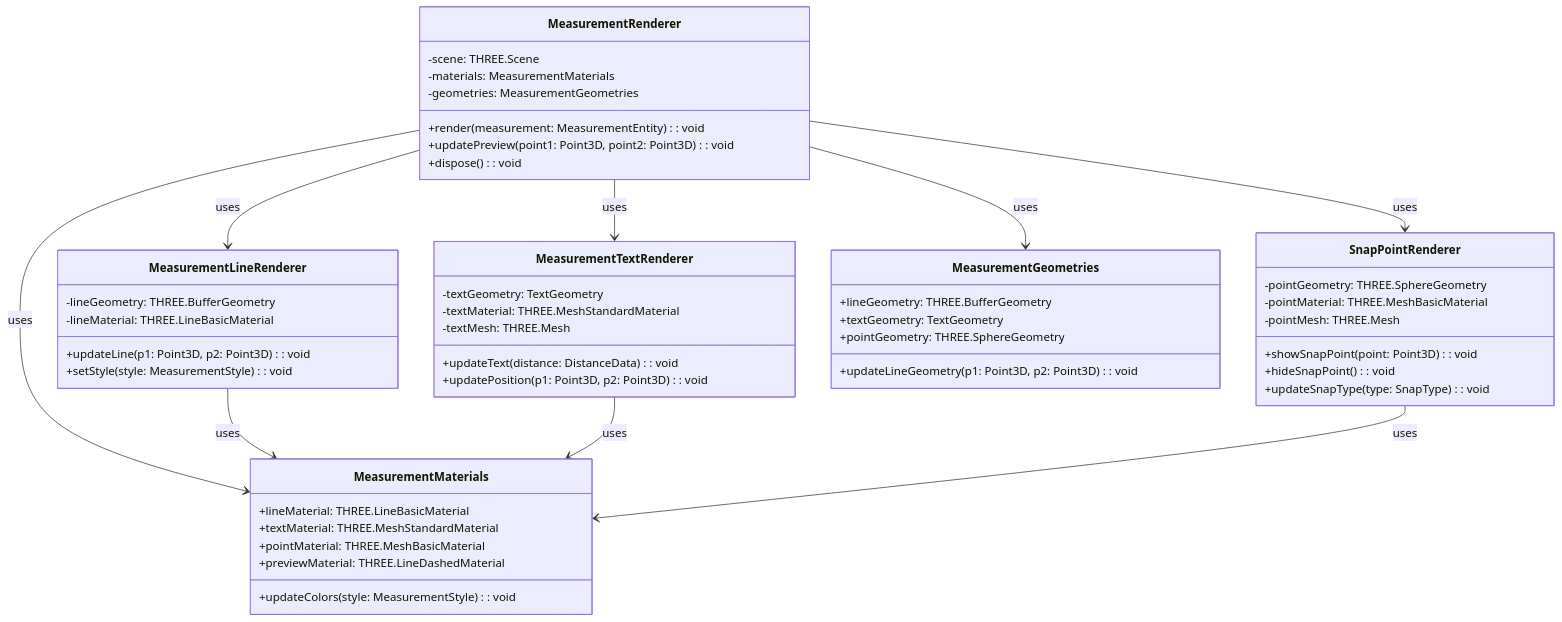
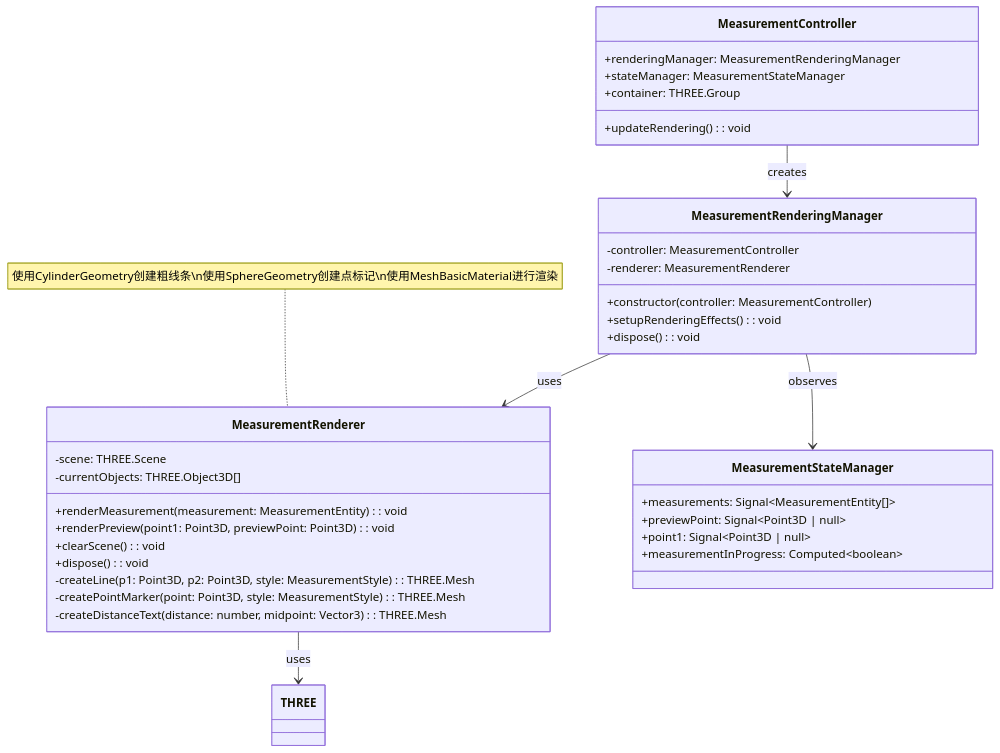
The seventh of 14 diagrams in content/posts/magicloud/uvf/task_measure.md (sjzsdu/tong-notes), drawn with Mermaid before and after one commit. The commit also changed other lines of this file and 97 other files, not shown here.

Commit message:
feat(crewai): describe execution flow and design patterns

````diff
--- a/content/posts/magicloud/uvf/task_measure.md
+++ b/content/posts/magicloud/uvf/task_measure.md
@@ -343,60 +350,43 @@
 ```mermaid
 classDiagram
-    class MeasurementRenderer {
-        -scene: THREE.Scene
-        -materials: MeasurementMaterials
-        -geometries: MeasurementGeometries
-        +render(measurement: MeasurementEntity): void
-        +updatePreview(point1: Point3D, point2: Point3D): void
+    class MeasurementRenderingManager {
+        -controller: MeasurementController
+        -renderer: MeasurementRenderer
+        +constructor(controller: MeasurementController)
+        +setupRenderingEffects(): void
         +dispose(): void
     }
     
-    class MeasurementLineRenderer {
-        -lineGeometry: THREE.BufferGeometry
-        -lineMaterial: THREE.LineBasicMaterial
-        +updateLine(p1: Point3D, p2: Point3D): void
-        +setStyle(style: MeasurementStyle): void
+    class MeasurementRenderer {
+        -scene: THREE.Scene
+        -currentObjects: THREE.Object3D[]
+        +renderMeasurement(measurement: MeasurementEntity): void
+        +renderPreview(point1: Point3D, previewPoint: Point3D): void
+        +clearScene(): void
+        +dispose(): void
+        -createLine(p1: Point3D, p2: Point3D, style: MeasurementStyle): THREE.Mesh
+        -createPointMarker(point: Point3D, style: MeasurementStyle): THREE.Mesh
+        -createDistanceText(distance: number, midpoint: Vector3): THREE.Mesh
     }
     
-    class MeasurementTextRenderer {
-        -textGeometry: TextGeometry
-        -textMaterial: THREE.MeshStandardMaterial
-        -textMesh: THREE.Mesh
-        +updateText(distance: DistanceData): void
-        +updatePosition(p1: Point3D, p2: Point3D): void
+    class MeasurementController {
+        +renderingManager: MeasurementRenderingManager
+        +stateManager: MeasurementStateManager
+        +container: THREE.Group
+        +updateRendering(): void
     }
     
-    class SnapPointRenderer {
-        -pointGeometry: THREE.SphereGeometry
-        -pointMaterial: THREE.MeshBasicMaterial
-        -pointMesh: THREE.Mesh
-        +showSnapPoint(point: Point3D): void
-        +hideSnapPoint(): void
-        +updateSnapType(type: SnapType): void
+    class MeasurementStateManager {
+        +measurements: Signal~MeasurementEntity[]~
+        +previewPoint: Signal~Point3D | null~
+        +point1: Signal~Point3D | null~
+        +measurementInProgress: Computed~boolean~
     }
     
-    class MeasurementMaterials {
-        +lineMaterial: THREE.LineBasicMaterial
-        +textMaterial: THREE.MeshStandardMaterial
-        +pointMaterial: THREE.MeshBasicMaterial
-        +previewMaterial: THREE.LineDashedMaterial
-        +updateColors(style: MeasurementStyle): void
-    }
+    MeasurementController --> MeasurementRenderingManager : creates
+    MeasurementRenderingManager --> MeasurementRenderer : uses
+    MeasurementRenderingManager --> MeasurementStateManager : observes
+    MeasurementRenderer --> THREE : uses
     
-    class MeasurementGeometries {
-        +lineGeometry: THREE.BufferGeometry
-        +textGeometry: TextGeometry
-        +pointGeometry: THREE.SphereGeometry
-        +updateLineGeometry(p1: Point3D, p2: Point3D): void
-    }
-    
-    MeasurementRenderer --> MeasurementLineRenderer : uses
-    MeasurementRenderer --> MeasurementTextRenderer : uses
-    MeasurementRenderer --> SnapPointRenderer : uses
-    MeasurementRenderer --> MeasurementMaterials : uses
-    MeasurementRenderer --> MeasurementGeometries : uses
-    
-    MeasurementLineRenderer --> MeasurementMaterials : uses
-    MeasurementTextRenderer --> MeasurementMaterials : uses
-    SnapPointRenderer --> MeasurementMaterials : uses
+    note for MeasurementRenderer "使用CylinderGeometry创建粗线条\n使用SphereGeometry创建点标记\n使用MeshBasicMaterial进行渲染"
 ```
````
